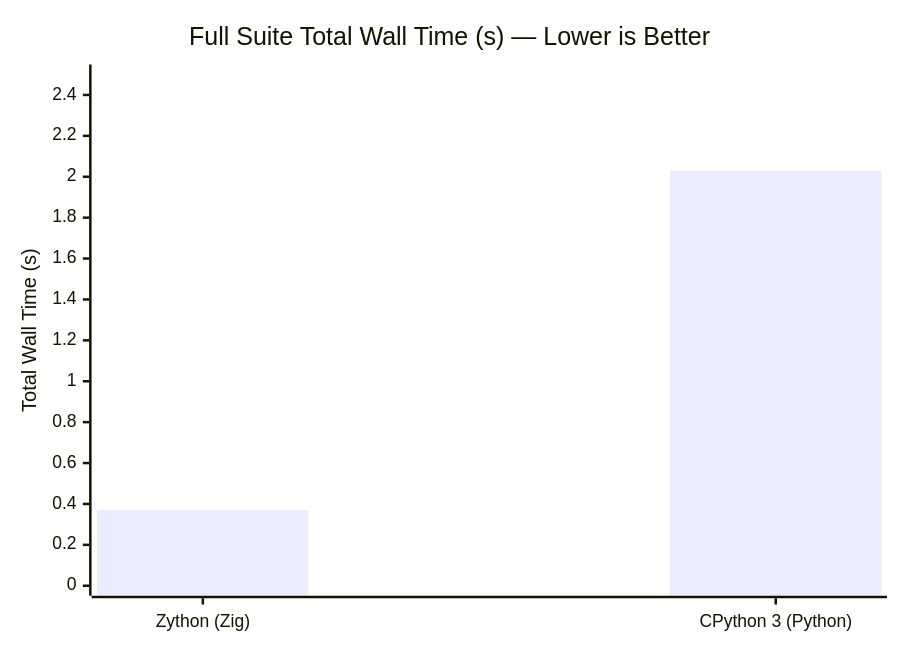
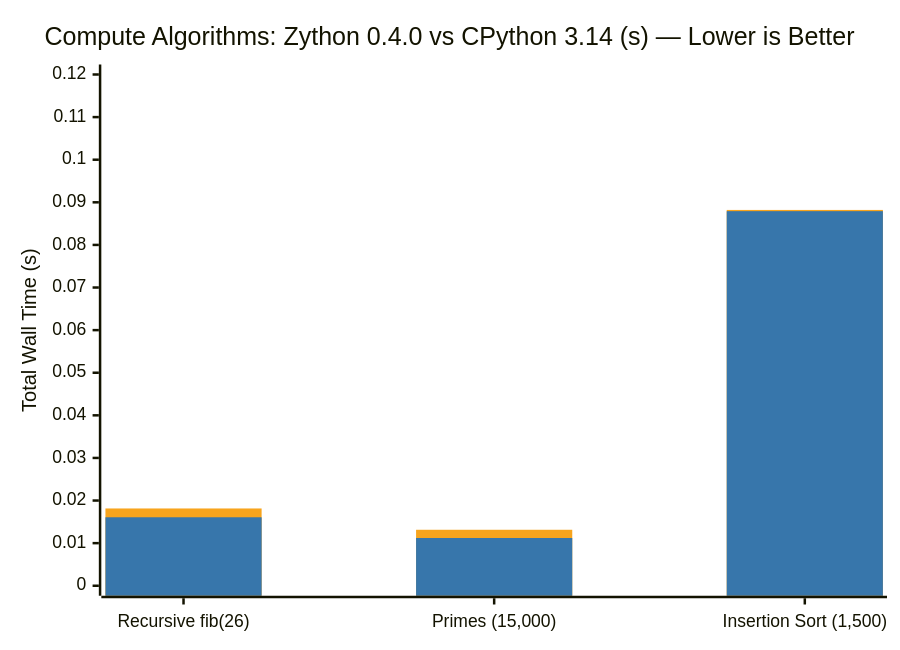
The third of 3 diagrams in benchmark.md (babar-xagi/zython-), drawn with Mermaid before and after one commit. The commit also changed other lines of this file and 7 other files, not shown here.

````diff
--- a/benchmark.md
+++ b/benchmark.md
@@ -65,7 +78,9 @@
 ```mermaid
+%%{init: {"themeVariables": {"xyChart": {"plotColorPalette": "#F7A41D, #3776AB"}}}}%%
 xychart-beta
-    title "Full Suite Total Wall Time (s) — Lower is Better"
-    x-axis ["Zython (Zig)", "CPython 3 (Python)"]
-    y-axis "Total Wall Time (s)" 0.0 --> 2.5
-    bar [0.37, 2.03]
+    title "Compute Algorithms: Zython 0.4.0 vs CPython 3.14 (s) — Lower is Better"
+    x-axis ["Recursive fib(26)", "Primes (15,000)", "Insertion Sort (1,500)"]
+    y-axis "Total Wall Time (s)" 0.0 --> 0.12
+    bar [0.01814, 0.01314, 0.08821]
+    bar [0.01607, 0.01121, 0.08792]
 ```
````
